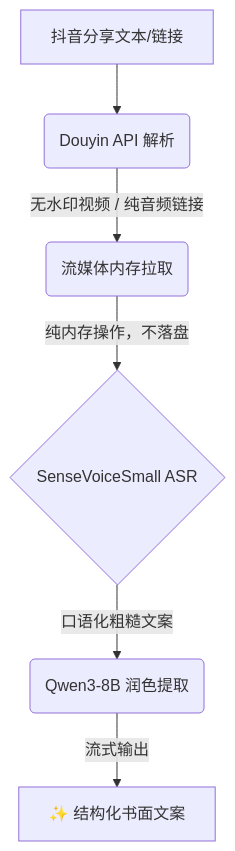
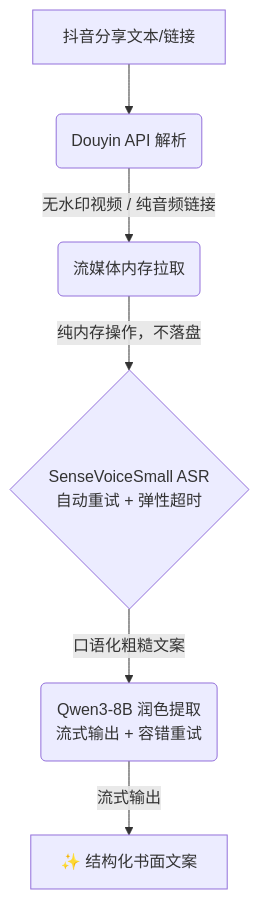
One commit to yzj2019/DouyinParsing changed the diagram in README.md. Above: the diagram before and after it, drawn with Mermaid. The commit also changed other lines of this file and 2 other files, not shown here.

Commit message:
fix(asr): 修复硅基流动 ASR 识别超时问题并添加自动重试机制

````diff
--- a/README.md
+++ b/README.md
@@ -23,8 +23,8 @@
 ```mermaid
 graph TD
     A[抖音分享文本/链接] --> B(Douyin API 解析)
     B -->|无水印视频 / 纯音频链接| C(流媒体内存拉取)
-    C -->|纯内存操作，不落盘| D{SenseVoiceSmall ASR}
-    D -->|口语化粗糙文案| E(Qwen3-8B 润色提取)
+    C -->|纯内存操作，不落盘| D{SenseVoiceSmall ASR<br/>自动重试 + 弹性超时}
+    D -->|口语化粗糙文案| E(Qwen3-8B 润色提取<br/>流式输出 + 容错重试)
     E -->|流式输出| F[✨ 结构化书面文案]
 ```
````
